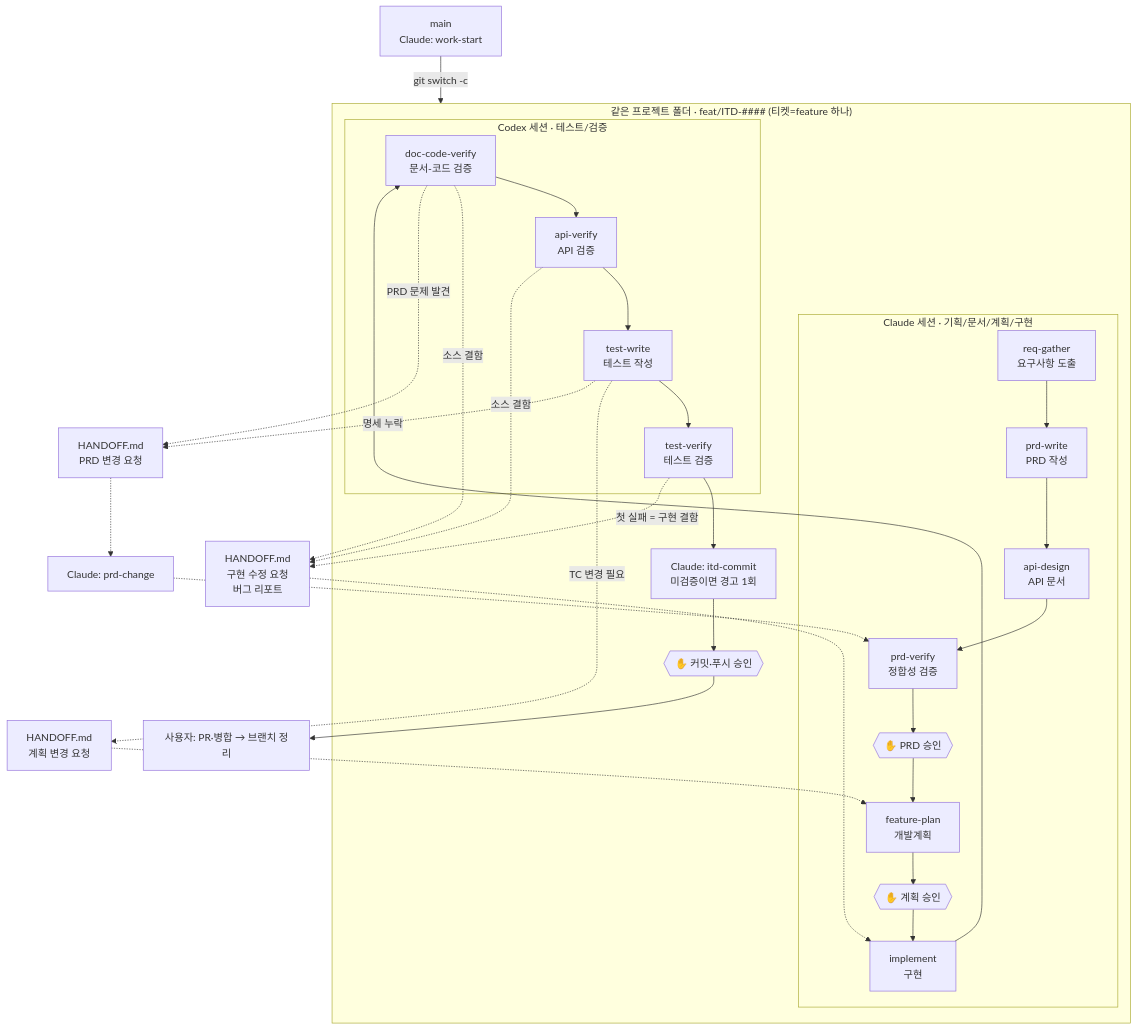
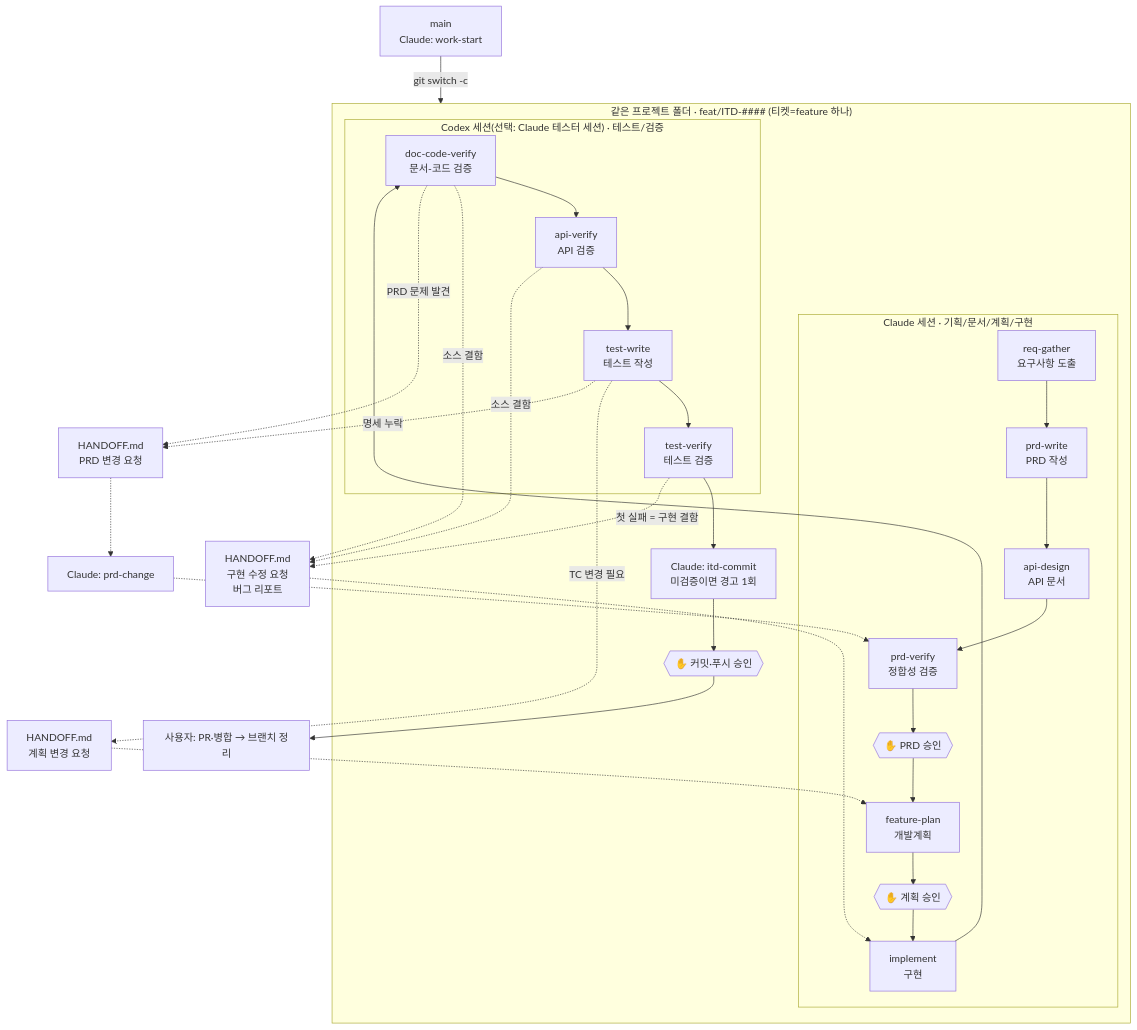
The diagram in README.md (sju3358/init-harness), drawn with Mermaid before and after one commit. The commit also changed other lines of this file, not shown here.

First line of the commit message:
docs: README 전체에 Claude 테스터 세션 반영

````diff
--- a/README.md
+++ b/README.md
@@ -86,36 +86,36 @@
 ```mermaid
 flowchart TD
     W[main<br/>Claude: work-start] -->|git switch -c| B
 
     subgraph B["같은 프로젝트 폴더 · feat/ITD-#### (티켓=feature 하나)"]
         subgraph C["Claude 세션 · 기획/문서/계획/구현"]
             C1[req-gather<br/>요구사항 도출] --> C2[prd-write<br/>PRD 작성]
             C2 --> C3[api-design<br/>API 문서]
             C3 --> C4[prd-verify<br/>정합성 검증]
             C4 --> G1{{"✋ PRD 승인"}}
             G1 --> C5[feature-plan<br/>개발계획]
             C5 --> G2{{"✋ 계획 승인"}}
             G2 --> C6[implement<br/>구현]
         end
 
-        subgraph X["Codex 세션 · 테스트/검증"]
+        subgraph X["Codex 세션(선택: Claude 테스터 세션) · 테스트/검증"]
             X1[doc-code-verify<br/>문서-코드 검증] --> X2[api-verify<br/>API 검증]
             X2 --> X3[test-write<br/>테스트 작성]
             X3 --> X4[test-verify<br/>테스트 검증]
         end
 
         C6 --> X1
         X4 --> C7[Claude: itd-commit<br/>미검증이면 경고 1회]
         C7 --> G3{{"✋ 커밋·푸시 승인"}}
     end
 
     G3 --> M[사용자: PR·병합 → 브랜치 정리]
 
     X1 -. 소스 결함 .-> F[HANDOFF.md<br/>구현 수정 요청<br/>버그 리포트] -.-> C6
     X2 -. 소스 결함 .-> F
     X4 -. 첫 실패 = 구현 결함 .-> F
     X3 -. TC 변경 필요 .-> P[HANDOFF.md<br/>계획 변경 요청] -.-> C5
     X1 -. PRD 문제 발견 .-> R[HANDOFF.md<br/>PRD 변경 요청]
     X3 -. 명세 누락 .-> R
     R -.-> CH[Claude: prd-change] -.-> C4
 ```
````
